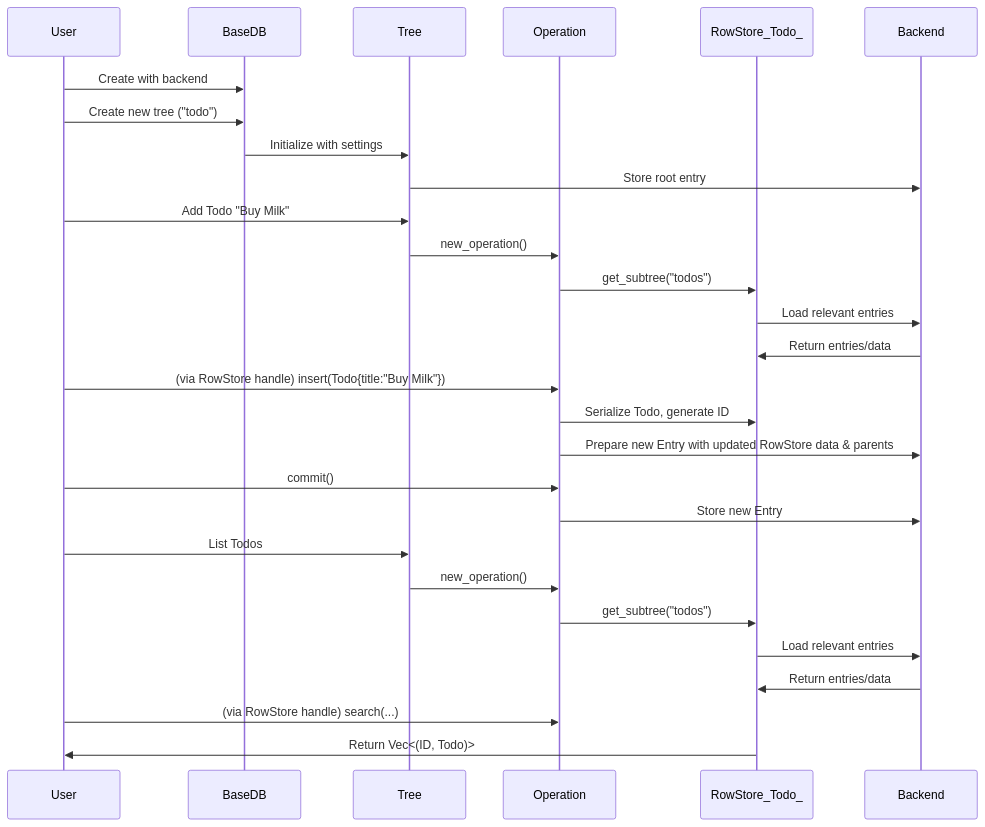
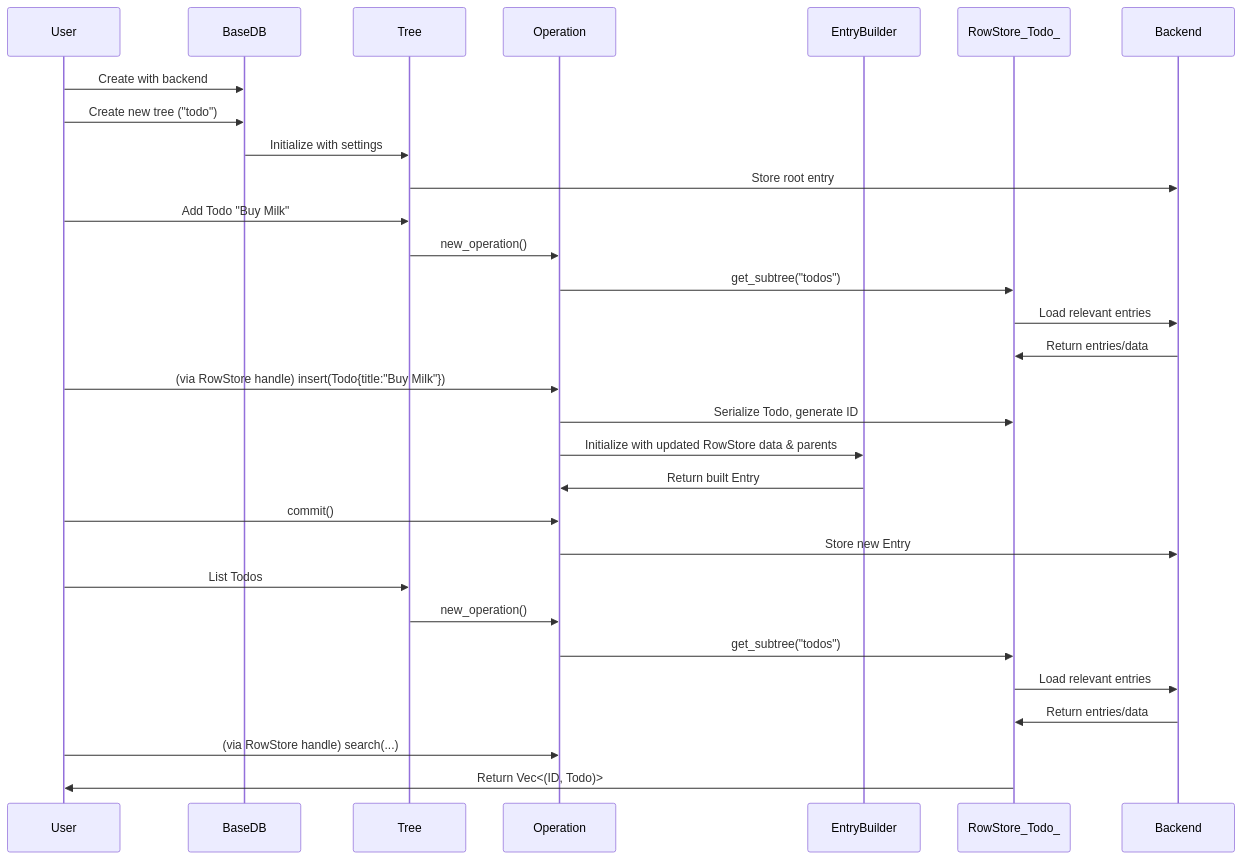
One commit to arcuru/eidetica changed the diagram in docs/src/internal/data_flow.md. Above: the diagram before and after it, drawn with Mermaid. The commit also changed other lines of this file and 10 other files, not shown here.

First line of the commit message:
refactor(core): Introduce EntryBuilder and make Entry immutable

````diff
--- a/docs/src/internal/data_flow.md
+++ b/docs/src/internal/data_flow.md
@@ -11,31 +11,33 @@
 ```mermaid
 sequenceDiagram
     participant User
     participant BaseDB
     participant Tree
     participant Operation
+    participant EntryBuilder
     participant RowStore_Todo_
     participant Backend
 
     User->>BaseDB: Create with backend
     User->>BaseDB: Create new tree ("todo")
     BaseDB->>Tree: Initialize with settings
     Tree->>Backend: Store root entry
     User->>Tree: Add Todo "Buy Milk"
     Tree->>Operation: new_operation()
     Operation->>RowStore_Todo_: get_subtree("todos")
     RowStore_Todo_->>Backend: Load relevant entries
     Backend->>RowStore_Todo_: Return entries/data
     User->>Operation: (via RowStore handle) insert(Todo{title:"Buy Milk"})
     Operation->>RowStore_Todo_: Serialize Todo, generate ID
-    Operation->>Backend: Prepare new Entry with updated RowStore data & parents
+    Operation->>EntryBuilder: Initialize with updated RowStore data & parents
+    EntryBuilder->>Operation: Return built Entry
     User->>Operation: commit()
     Operation->>Backend: Store new Entry
     User->>Tree: List Todos
     Tree->>Operation: new_operation()
     Operation->>RowStore_Todo_: get_subtree("todos")
     RowStore_Todo_->>Backend: Load relevant entries
     Backend->>RowStore_Todo_: Return entries/data
     User->>Operation: (via RowStore handle) search(...)
     RowStore_Todo_->>User: Return Vec<(ID, Todo)>
 ```
````
